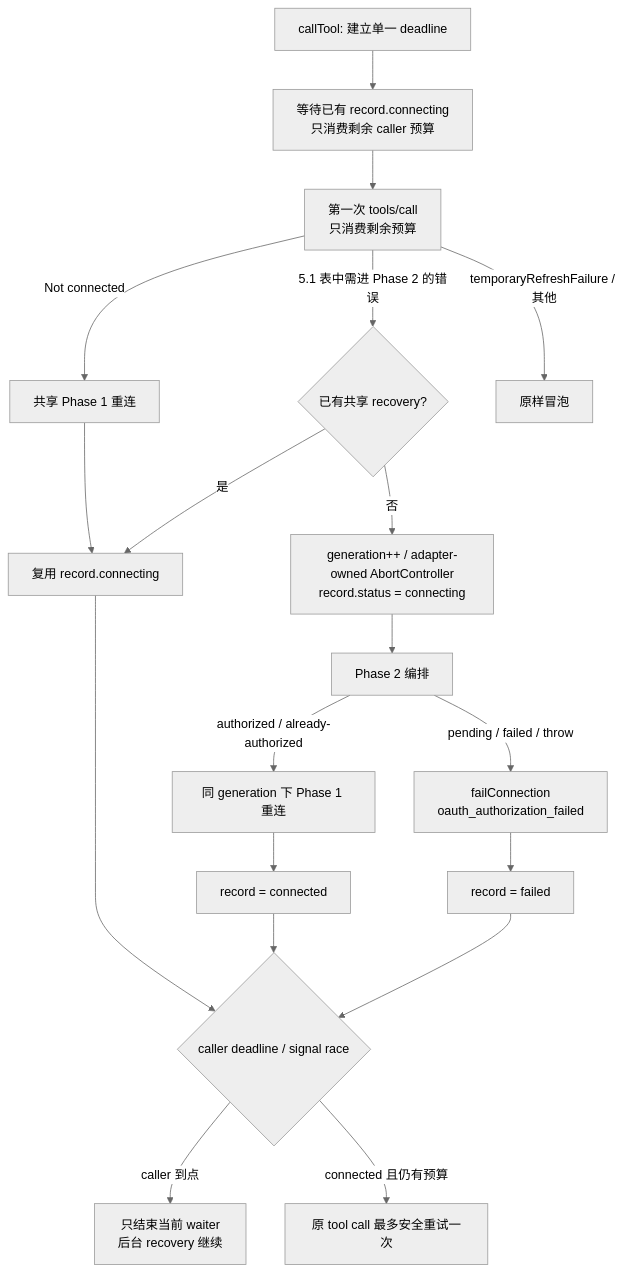
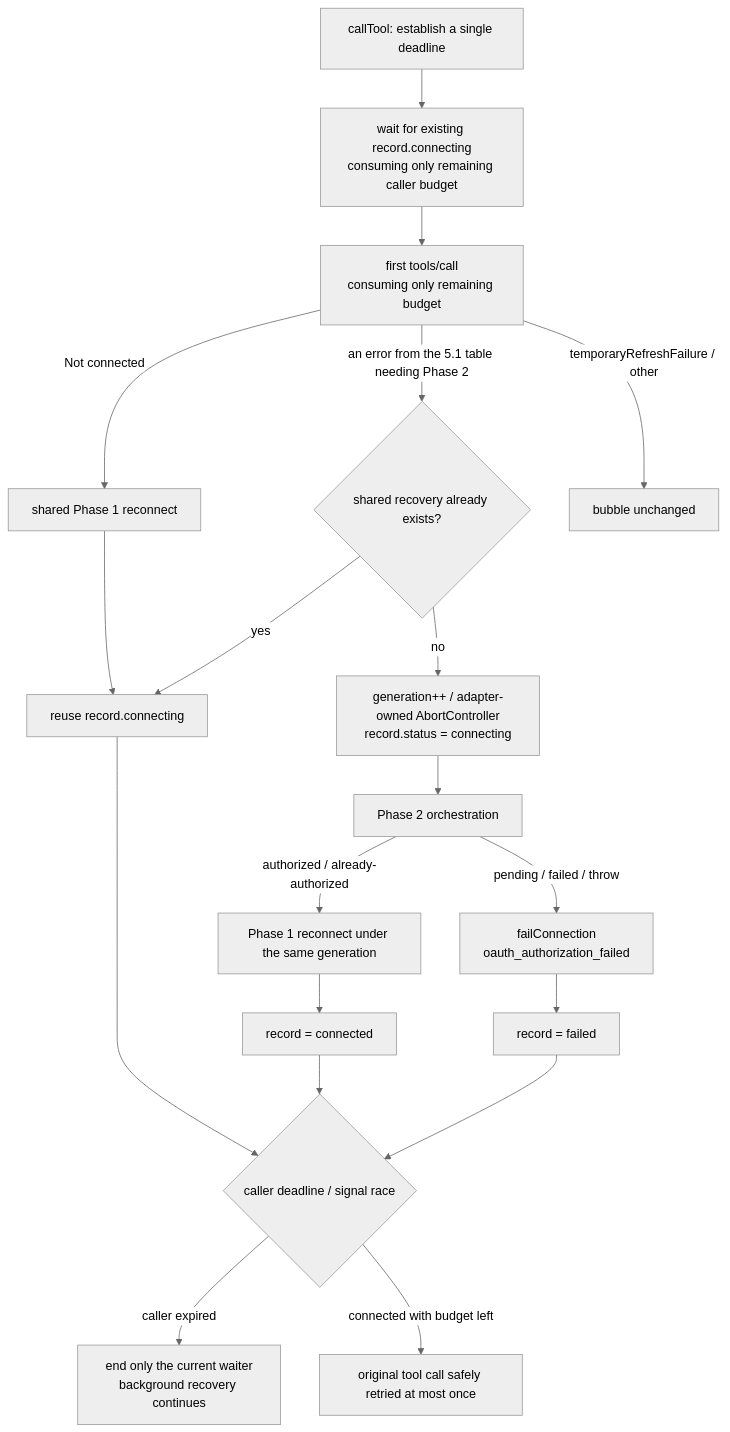
The fourth of 4 diagrams in docs/mcp-oauth-two-phase.md (osben/ZCode), drawn with Mermaid (neutral theme) before and after one commit. The commit also changed other lines of this file and 24 other files, not shown here.

````diff
--- a/docs/mcp-oauth-two-phase.md
+++ b/docs/mcp-oauth-two-phase.md
@@ -421,21 +338,21 @@
 ```mermaid
 flowchart TD
-    A["callTool: 建立单一 deadline"] --> B["等待已有 record.connecting<br/>只消费剩余 caller 预算"]
-    B --> C["第一次 tools/call<br/>只消费剩余预算"]
-    C -- Not connected --> D[共享 Phase 1 重连]
-    C -- 5.1 表中需进 Phase 2 的错误 --> E{已有共享 recovery?}
-    C -- temporaryRefreshFailure / 其他 --> F[原样冒泡]
-    E -- 是 --> G[复用 record.connecting]
-    E -- 否 --> H["generation++ / adapter-owned AbortController<br/>record.status = connecting"]
-    H --> I[Phase 2 编排]
-    I -- authorized / already-authorized --> J[同 generation 下 Phase 1 重连]
+    A["callTool: establish a single deadline"] --> B["wait for existing record.connecting<br/>consuming only remaining caller budget"]
+    B --> C["first tools/call<br/>consuming only remaining budget"]
+    C -- Not connected --> D[shared Phase 1 reconnect]
+    C -- an error from the 5.1 table needing Phase 2 --> E{shared recovery already exists?}
+    C -- temporaryRefreshFailure / other --> F[bubble unchanged]
+    E -- yes --> G[reuse record.connecting]
+    E -- no --> H["generation++ / adapter-owned AbortController<br/>record.status = connecting"]
+    H --> I[Phase 2 orchestration]
+    I -- authorized / already-authorized --> J[Phase 1 reconnect under the same generation]
     I -- pending / failed / throw --> K["failConnection<br/>oauth_authorization_failed"]
     J --> L[record = connected]
     K --> M[record = failed]
     D --> G
     G --> N{"caller deadline / signal race"}
     L --> N
     M --> N
-    N -- caller 到点 --> O["只结束当前 waiter<br/>后台 recovery 继续"]
-    N -- connected 且仍有预算 --> P[原 tool call 最多安全重试一次]
+    N -- caller expired --> O["end only the current waiter<br/>background recovery continues"]
+    N -- connected with budget left --> P[original tool call safely retried at most once]
 ```
````
